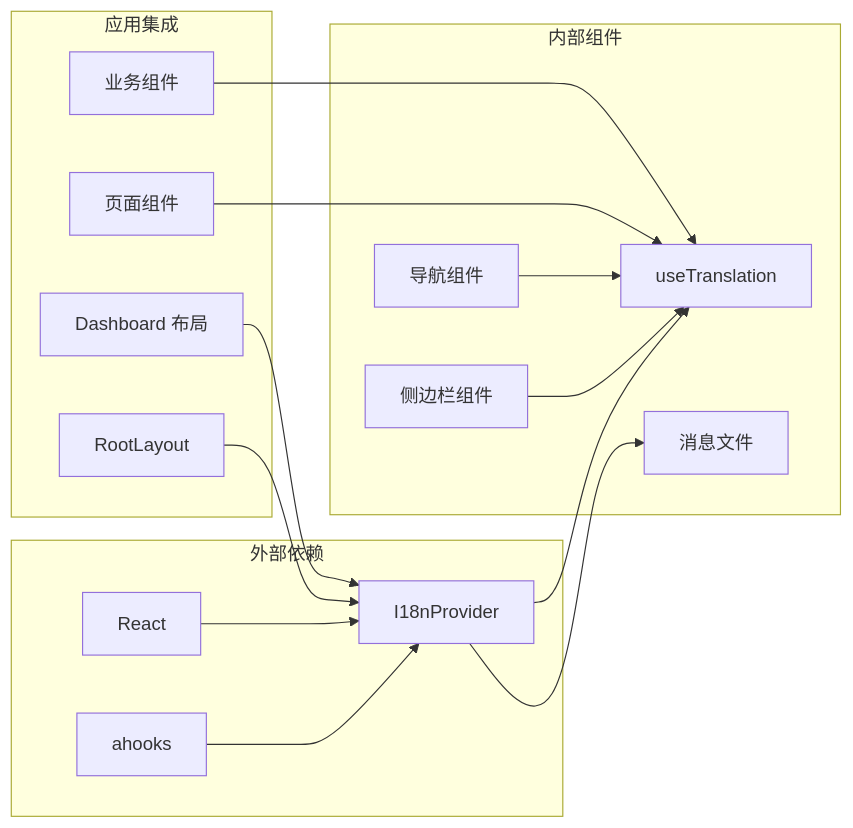
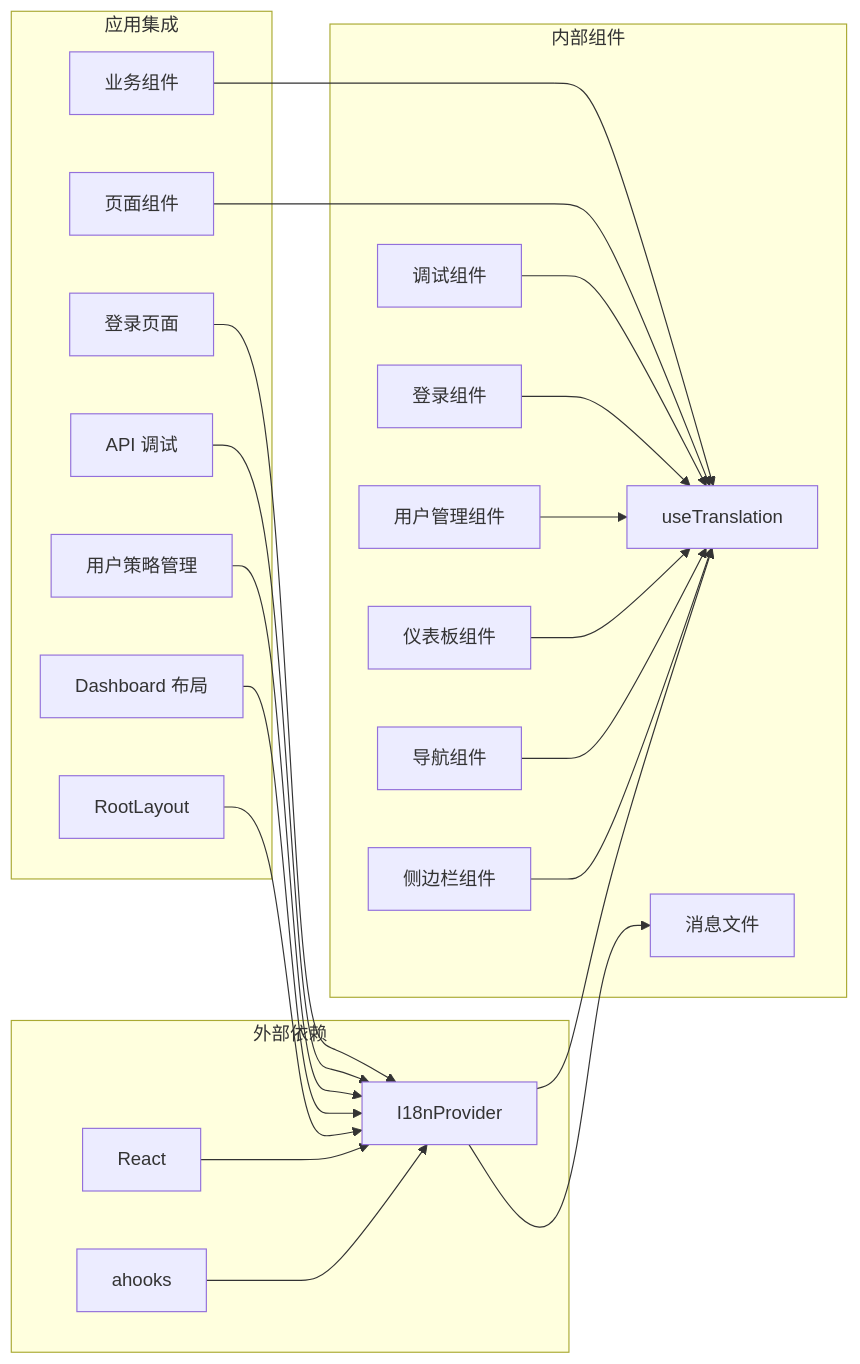
One commit to RadiumAg/AIGate changed the sixth of 6 diagrams in .qoder/repowiki/zh/content/开发指南/国际化系统.md. Above: the diagram before and after it, drawn with Mermaid. The commit also changed other lines of this file and 7 other files, not shown here.

````diff
--- a/.qoder/repowiki/zh/content/开发指南/国际化系统.md
+++ b/.qoder/repowiki/zh/content/开发指南/国际化系统.md
@@ -321,31 +354,45 @@
 ```mermaid
 graph LR
 subgraph "外部依赖"
 A[ahooks]
 B[React]
 C[next-intl]
 end
 subgraph "内部组件"
 C[I18nProvider]
 D[useTranslation]
 E[消息文件]
 F[侧边栏组件]
 G[导航组件]
+H[仪表板组件]
+I[用户管理组件]
+J[登录组件]
+K[调试组件]
 end
 subgraph "应用集成"
-H[RootLayout]
-I[页面组件]
-J[业务组件]
-K[Dashboard 布局]
+L[RootLayout]
+M[页面组件]
+N[业务组件]
+O[Dashboard 布局]
+P[用户策略管理]
+Q[API 调试]
+R[登录页面]
 end
 A --> C
 B --> C
 C --> D
 C --> E
 F --> D
 G --> D
-H --> C
+H --> D
 I --> D
 J --> D
-K --> C
+K --> D
+L --> C
+M --> D
+N --> D
+O --> C
+P --> C
+Q --> C
+R --> C
 ```
````
